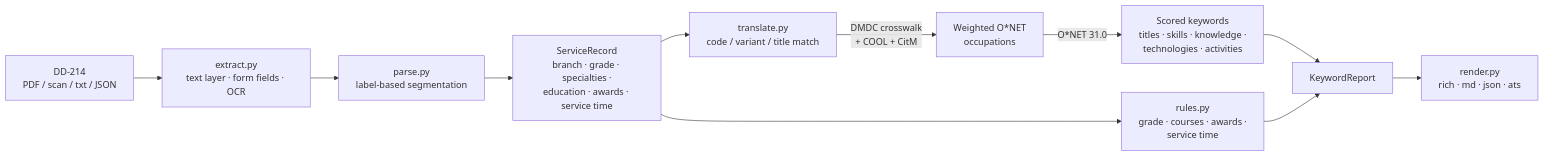
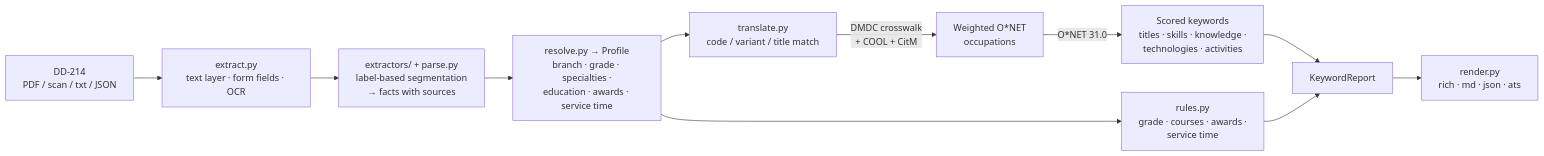
Before and after one commit to reh3376/v2c-translator: the diagram in README.md, drawn with Mermaid. The commit also changed other lines of this file and 14 other files, not shown here.

````diff
--- a/README.md
+++ b/README.md
@@ -271,13 +272,13 @@
 ```mermaid
 flowchart LR
     A[DD-214<br/>PDF / scan / txt / JSON] --> B[extract.py<br/>text layer · form fields · OCR]
-    B --> C[parse.py<br/>label-based segmentation]
-    C --> D[ServiceRecord<br/>branch · grade · specialties ·<br/>education · awards · service time]
+    B --> C[extractors/ + parse.py<br/>label-based segmentation<br/>→ facts with sources]
+    C --> D[resolve.py → Profile<br/>branch · grade · specialties ·<br/>education · awards · service time]
     D --> E[translate.py<br/>code / variant / title match]
     E -->|DMDC crosswalk<br/>+ COOL + CitM| F[Weighted O*NET<br/>occupations]
     F -->|O*NET 31.0| G[Scored keywords<br/>titles · skills · knowledge ·<br/>technologies · activities]
     D --> H[rules.py<br/>grade · courses · awards ·<br/>service time]
     G --> I[KeywordReport]
     H --> I
     I --> J[render.py<br/>rich · md · json · ats]
 ```
````
